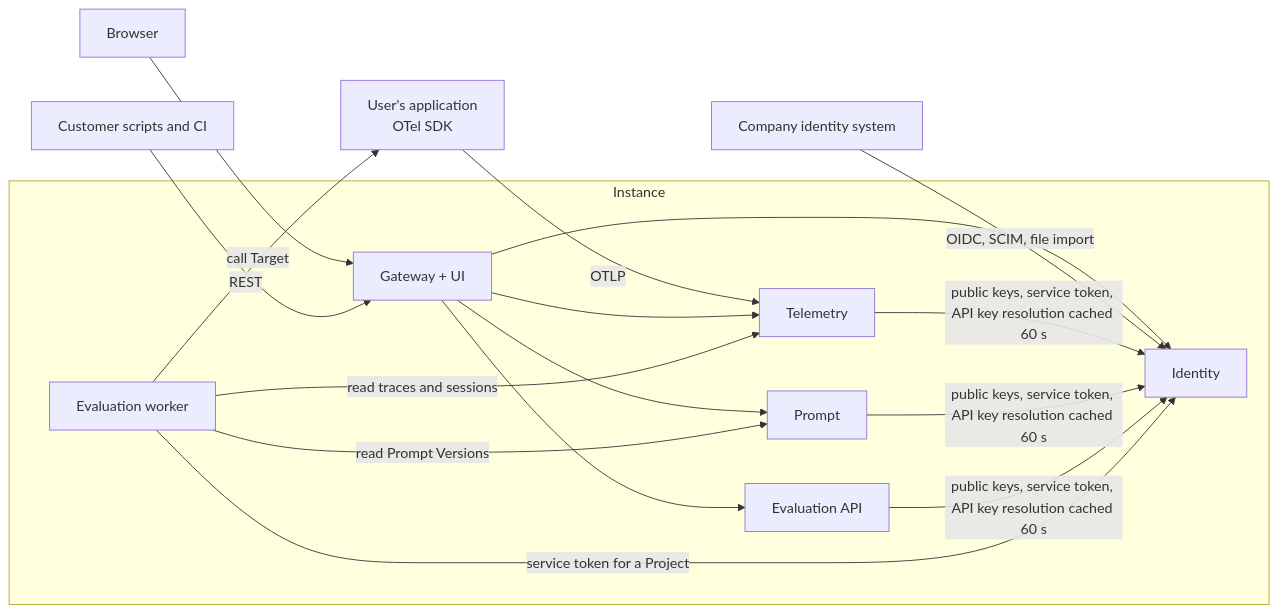
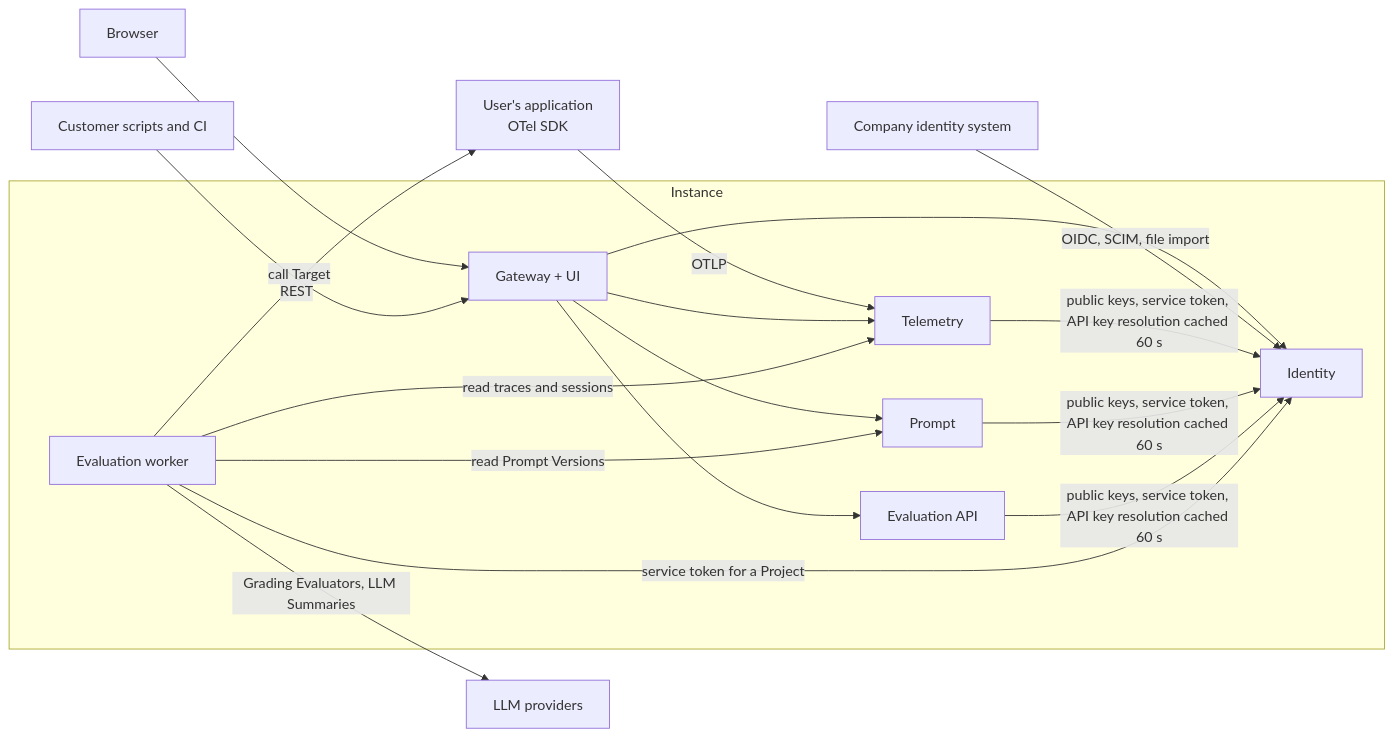
Before and after one commit to gallas-ai/extispex: the first of 5 diagrams in docs/architecture.md, drawn with Mermaid. The commit also changed other lines of this file and 60 other files, not shown here.

Commit message:
feat: LLM providers, Grading Evaluator and LLM Summary

````diff
--- a/docs/architecture.md
+++ b/docs/architecture.md
@@ -34,32 +34,34 @@
 ```mermaid
 flowchart LR
   app["User's application<br/>OTel SDK"]
   browser["Browser"]
   client["Customer scripts and CI"]
   company["Company identity system"]
+  llm["LLM providers"]
 
   subgraph instance["Instance"]
     gateway["Gateway + UI"]
     telemetry["Telemetry"]
     evaluation_api["Evaluation API"]
     evaluation_worker["Evaluation worker"]
     prompt["Prompt"]
     identity["Identity"]
   end
 
   app -- "OTLP" --> telemetry
   browser --> gateway
   client -- "REST" --> gateway
   gateway --> telemetry
   gateway --> evaluation_api
   gateway --> prompt
   gateway --> identity
   company -- "OIDC, SCIM, file import" --> identity
   telemetry -- "public keys, service token, API key resolution cached 60 s" --> identity
   prompt -- "public keys, service token, API key resolution cached 60 s" --> identity
   evaluation_api -- "public keys, service token, API key resolution cached 60 s" --> identity
   evaluation_worker -- "service token for a Project" --> identity
   evaluation_worker -- "read traces and sessions" --> telemetry
   evaluation_worker -- "read Prompt Versions" --> prompt
   evaluation_worker -- "call Target" --> app
+  evaluation_worker -- "Grading Evaluators, LLM Summaries" --> llm
 ```
````
